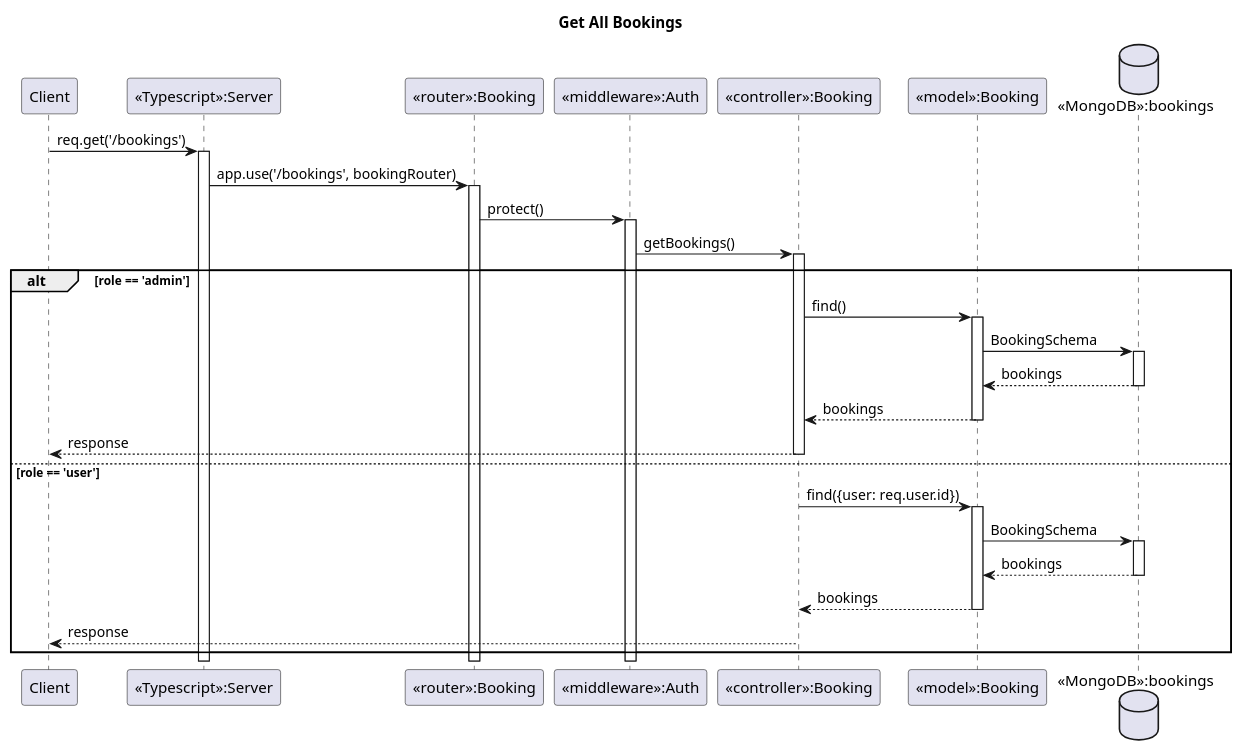
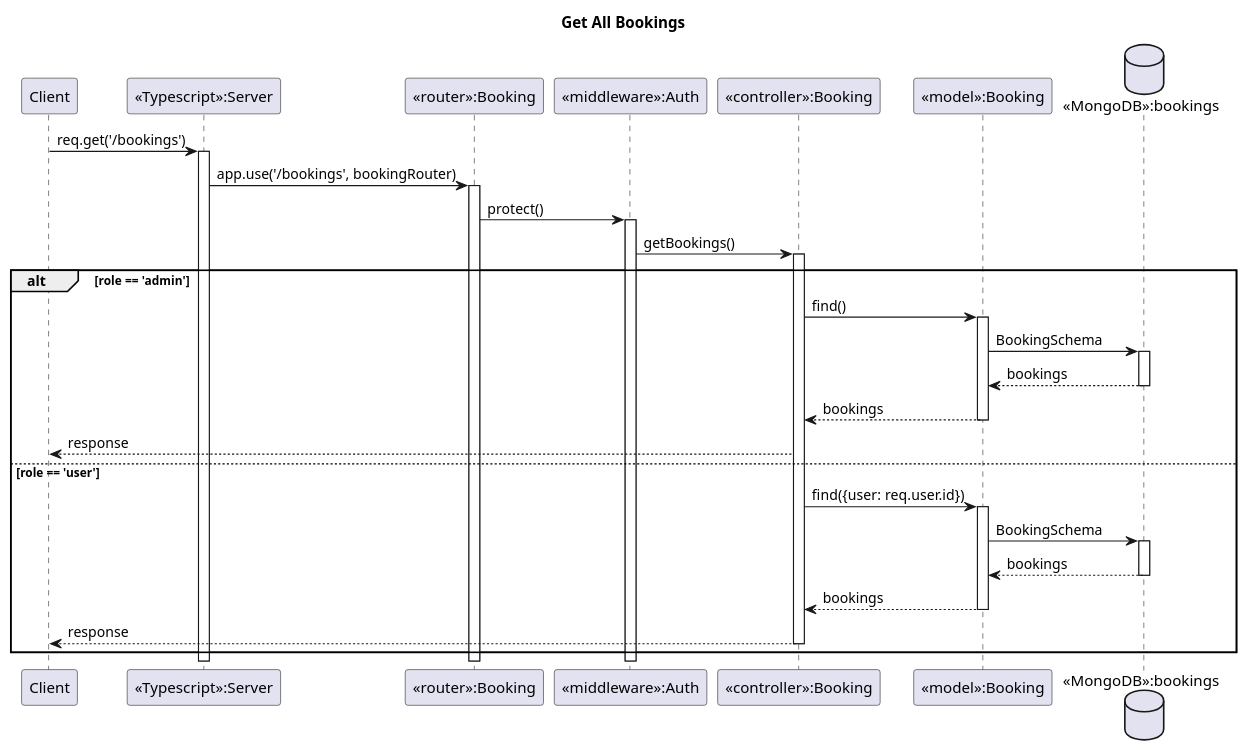
One commit to TeerapatChan/CU-JobfairBackend changed the diagram in diagram/getAllBookings.puml. Above: the diagram before and after it, drawn with PlantUML. The commit also changed 1 other file, not shown here.

```diff
--- a/diagram/getAllBookings.puml
+++ b/diagram/getAllBookings.puml
@@ -1,32 +1,32 @@
 @startuml
 
 title Get All Bookings
 
 participant "Client" as C
 participant "<<Typescript>>:Server" as S
 participant "<<router>>:Booking" as R
 participant "<<middleware>>:Auth" as A
 participant "<<controller>>:Booking" as B
 participant "<<model>>:Booking" as M
 database "<<MongoDB>>:bookings" as DB
 
 C -> S++: req.get('/bookings')
 S -> R++: app.use('/bookings', bookingRouter)
 R -> A++: protect()
 A -> B++: getBookings()
 alt role == 'admin'
     B -> M++: find()
     M -> DB++: BookingSchema
     DB --> M--: bookings
     M --> B--: bookings
-    B --> C--: response 
+    B --> C: response 
    
 else role == 'user'
     B -> M++: find({user: req.user.id})
     M -> DB++: BookingSchema
     DB --> M--: bookings
     M --> B--: bookings
     B --> C--: response
 end
 
 @enduml
```
